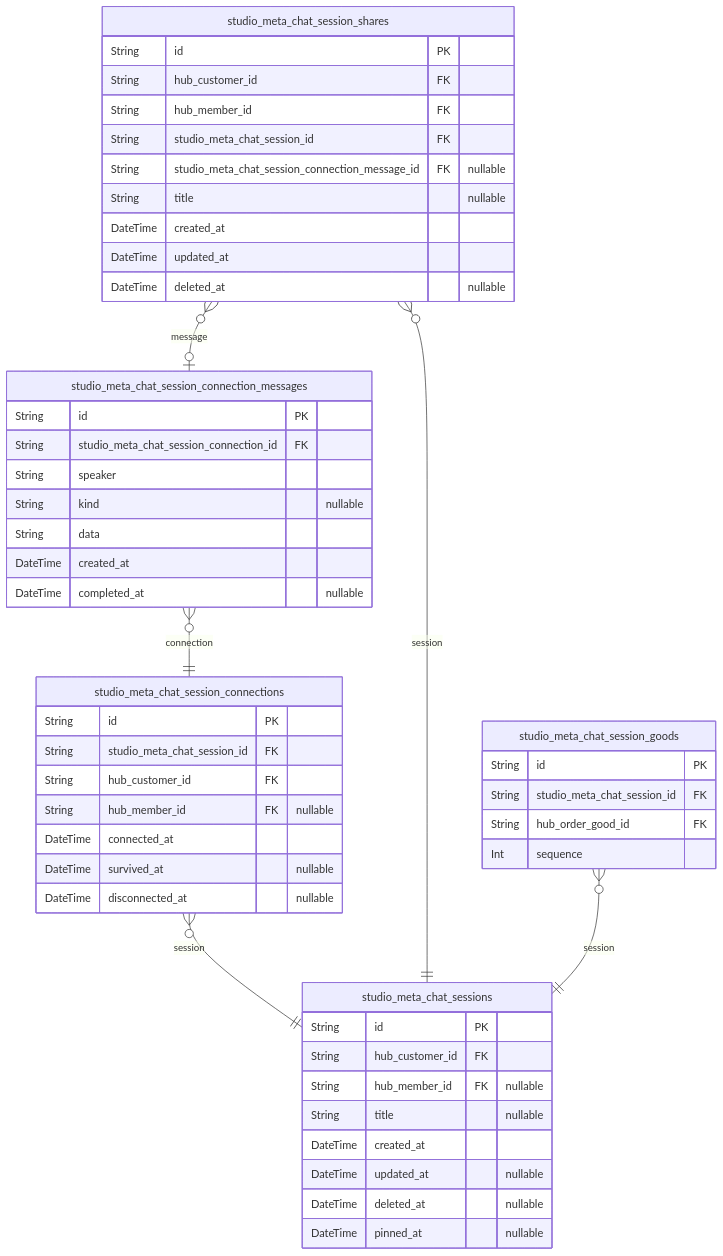
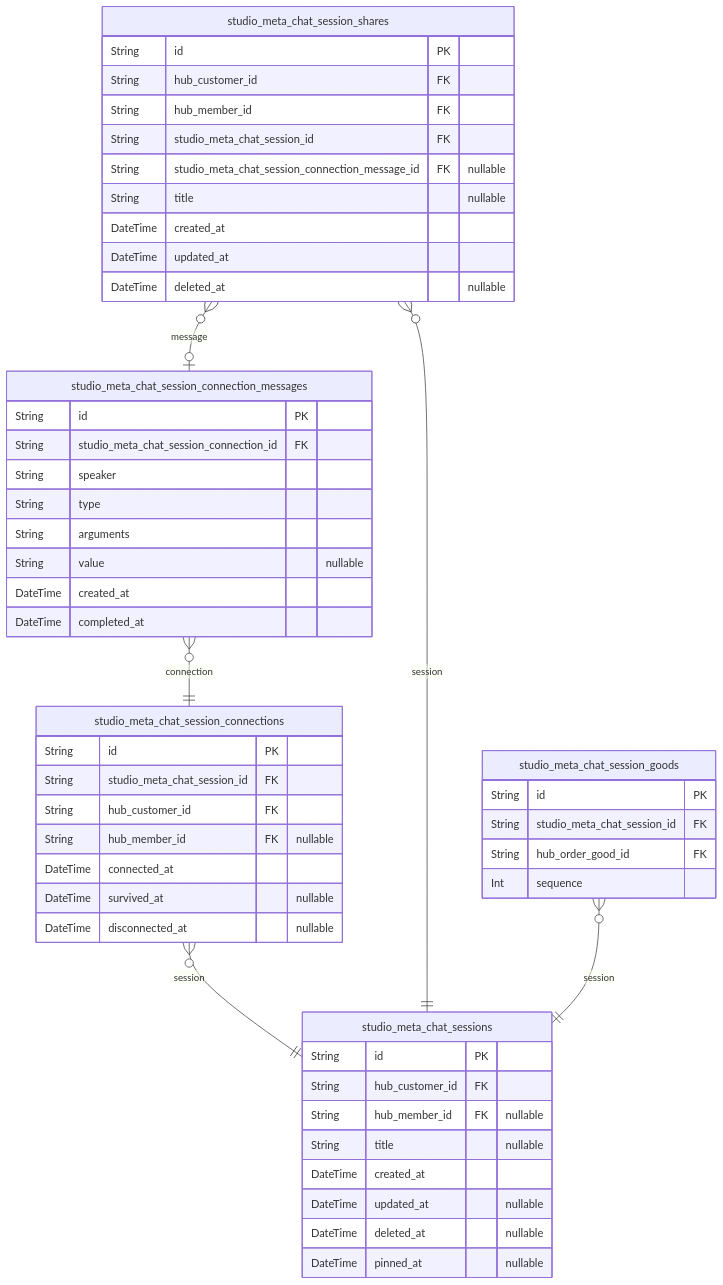
Before and after one commit to wrtnlabs/backend: diagram 14 of 17 in docs/ERD.md, drawn with Mermaid. The commit also changed other lines of this file and 1088 other files, not shown here.

````diff
--- a/docs/ERD.md
+++ b/docs/ERD.md
@@ -4040,53 +3931,54 @@
 ```mermaid
 erDiagram
 "studio_meta_chat_sessions" {
   String id PK
   String hub_customer_id FK
   String hub_member_id FK "nullable"
   String title "nullable"
   DateTime created_at
   DateTime updated_at "nullable"
   DateTime deleted_at "nullable"
   DateTime pinned_at "nullable"
 }
 "studio_meta_chat_session_connections" {
   String id PK
   String studio_meta_chat_session_id FK
   String hub_customer_id FK
   String hub_member_id FK "nullable"
   DateTime connected_at
   DateTime survived_at "nullable"
   DateTime disconnected_at "nullable"
 }
 "studio_meta_chat_session_connection_messages" {
   String id PK
   String studio_meta_chat_session_connection_id FK
   String speaker
-  String kind "nullable"
-  String data
+  String type
+  String arguments
+  String value "nullable"
   DateTime created_at
-  DateTime completed_at "nullable"
+  DateTime completed_at
 }
 "studio_meta_chat_session_shares" {
   String id PK
   String hub_customer_id FK
   String hub_member_id FK
   String studio_meta_chat_session_id FK
   String studio_meta_chat_session_connection_message_id FK "nullable"
   String title "nullable"
   DateTime created_at
   DateTime updated_at
   DateTime deleted_at "nullable"
 }
 "studio_meta_chat_session_goods" {
   String id PK
   String studio_meta_chat_session_id FK
   String hub_order_good_id FK
   Int sequence
 }
 "studio_meta_chat_session_connections" }o--|| "studio_meta_chat_sessions" : session
 "studio_meta_chat_session_connection_messages" }o--|| "studio_meta_chat_session_connections" : connection
 "studio_meta_chat_session_shares" }o--|| "studio_meta_chat_sessions" : session
 "studio_meta_chat_session_shares" }o--o| "studio_meta_chat_session_connection_messages" : message
 "studio_meta_chat_session_goods" }o--|| "studio_meta_chat_sessions" : session
 ```
````
